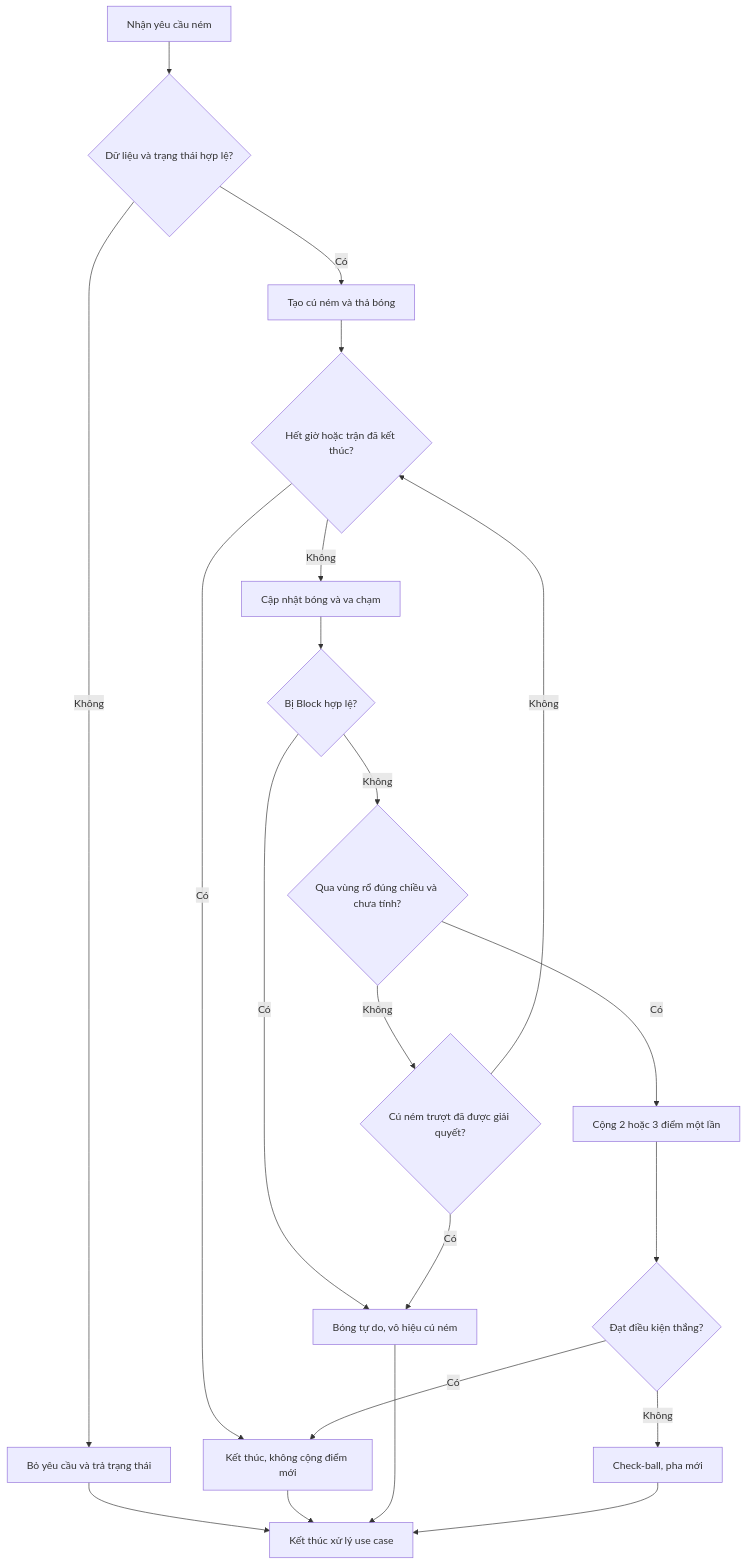
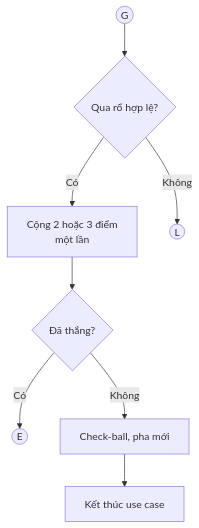
Diagram 16 of 18 in thesis/03-xay-dung-game.md (QHT2910/LuanVanTotNghiep), drawn with Mermaid before and after one commit. The commit also changed other lines of this file and 79 other files, not shown here.

````diff
--- a/thesis/03-xay-dung-game.md
+++ b/thesis/03-xay-dung-game.md
@@ -300,23 +483,10 @@
 ```mermaid
-flowchart TD
-  A[Nhận yêu cầu ném] --> B{Dữ liệu và trạng thái hợp lệ?}
-  B -->|Không| R[Bỏ yêu cầu và trả trạng thái]
-  B -->|Có| C[Tạo cú ném và thả bóng]
-  C --> T{Hết giờ hoặc trận đã kết thúc?}
-  T -->|Có| E[Kết thúc, không cộng điểm mới]
-  T -->|Không| M[Cập nhật bóng và va chạm]
-  M --> K{Bị Block hợp lệ?}
-  K -->|Có| F[Bóng tự do, vô hiệu cú ném]
-  K -->|Không| G{Qua vùng rổ đúng chiều và chưa tính?}
-  G -->|Có| H[Cộng 2 hoặc 3 điểm một lần]
-  H --> I{Đạt điều kiện thắng?}
-  I -->|Có| E
-  I -->|Không| J[Check-ball, pha mới]
-  G -->|Không| L{Cú ném trượt đã được giải quyết?}
-  L -->|Có| F
-  L -->|Không| T
-  R --> Z[Kết thúc xử lý use case]
-  E --> Z
-  F --> Z
-  J --> Z
+flowchart TB
+ XG((G)) --> G{"Qua rổ hợp lệ?"}
+ G -->|Có| H["Cộng 2 hoặc 3 điểm<br/>một lần"]
+ G -->|Không| XL((L))
+ H --> I{"Đã thắng?"}
+ I -->|Có| XE((E))
+ I -->|Không| J["Check-ball, pha mới"]
+ J --> Z["Kết thúc use case"]
 ```
````
